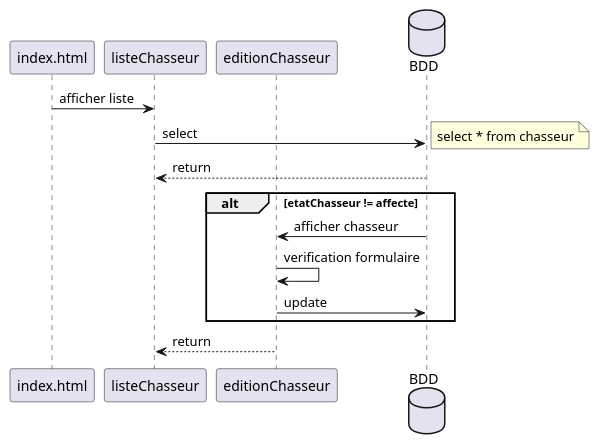
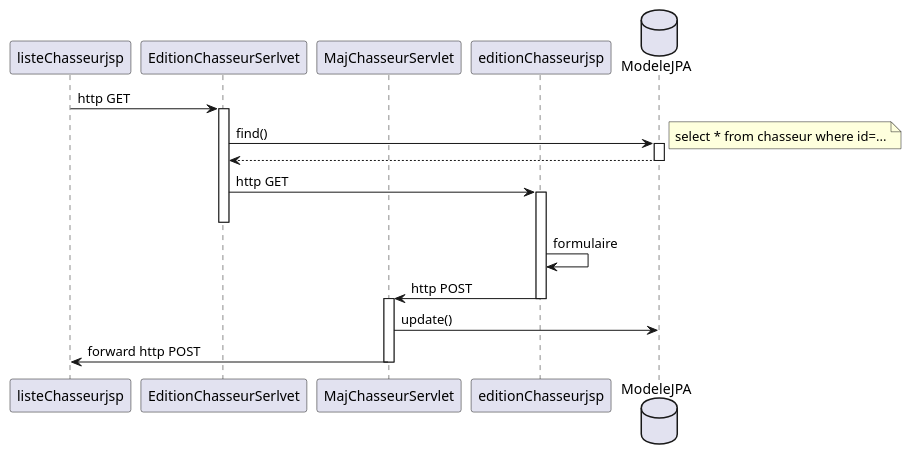
One commit to roquesfr/Star-Wars changed the diagram in Diagrammes/PlantUml/diagSequenceEditionChasseur.plantuml. Above: the diagram before and after it, drawn with PlantUML. The commit also changed 11 other files, not shown here.

```diff
--- a/Diagrammes/PlantUml/diagSequenceEditionChasseur.plantuml
+++ b/Diagrammes/PlantUml/diagSequenceEditionChasseur.plantuml
@@ -1,23 +1,32 @@
 @startuml Diagramme séquence Edition d'un chasseur
+participant listeChasseurjsp as listes
+participant EditionChasseurSerlvet as servlet
 
-participant index.html as appli
-participant listeChasseur
-participant editionChasseur
-database BDD
+participant MajChasseurServlet as servlet2
+participant editionChasseurjsp as edition
+database ModeleJPA as bdd
 
-appli -> listeChasseur : afficher liste
+listes -> servlet : http GET
+activate servlet
+servlet -> bdd : find()
+activate bdd
+note right: select * from chasseur where id=...
+bdd --> servlet
+deactivate bdd
 
-listeChasseur -> BDD : select
-note right: select * from chasseur
 
-BDD --> listeChasseur : return
+servlet -> edition : http GET
+activate edition
+deactivate servlet
+edition -> edition : formulaire
+edition -> servlet2 : http POST
+deactivate edition
+activate servlet2
 
-alt etatChasseur != affecte
-    BDD -> editionChasseur : afficher chasseur
-    editionChasseur -> editionChasseur : verification formulaire
-    editionChasseur -> BDD : update
-end
+servlet2 -> bdd : update()
 
-editionChasseur --> listeChasseur : return
+servlet2 -> listes : forward http POST
+deactivate servlet2
+
 
 @enduml
```
